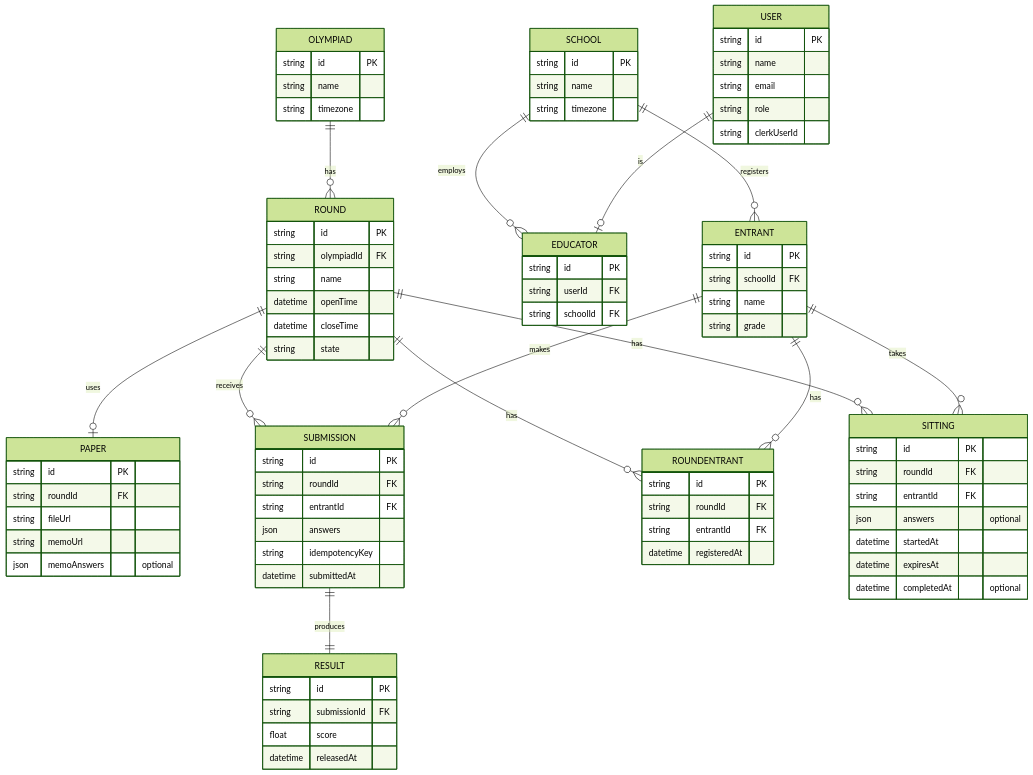
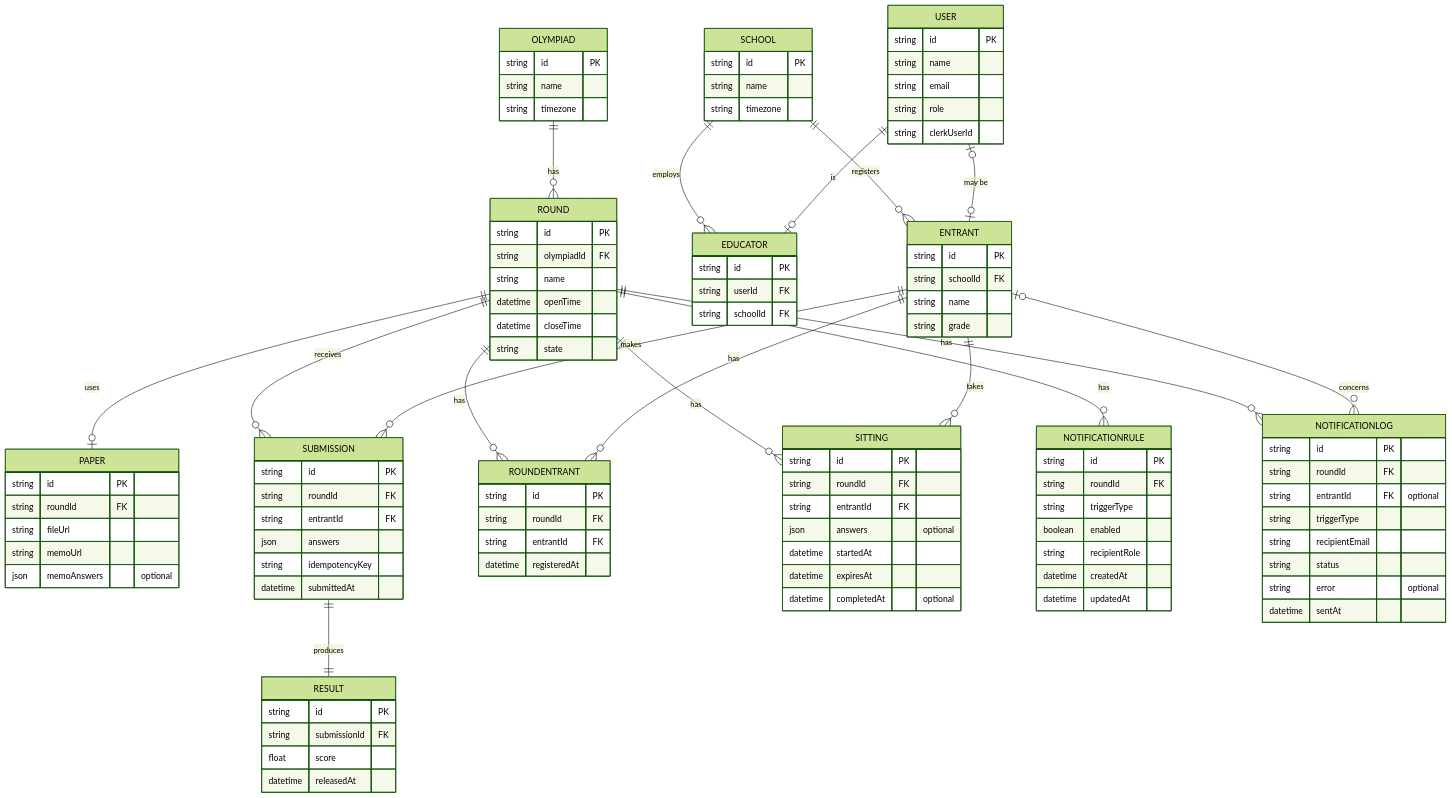
Before and after one commit to ZandileMkontwana/olympiad-portal: the diagram in documents/docs/database-schema.md, drawn with Mermaid (forest theme). The commit also changed other lines of this file and 2 other files, not shown here.

Commit message:
docs: close Sprint 2 documentation gaps
- Add bug-tracking.md documenting the Taiga issue workflow: filing,
  severity, triage, status flow, and PR linkage
- Document NotificationRule/NotificationLog in the database schema,
  the Supabase/Prisma Migrate deployment note, and the rationale for
  omitting certificate and standings tables
- Record the Sprint 2 descope decisions (marking beyond MCQ,
  threshold advancement) in roadmap.md, move the carried-over items
  into Sprint 3, and list what Sprint 2 delivered in the same format
  as Sprint 1

````diff
--- a/documents/docs/database-schema.md
+++ b/documents/docs/database-schema.md
@@ -20,6 +22,10 @@
   ENTRANT ||--o{ ROUNDENTRANT : has
   ENTRANT ||--o{ SITTING : takes
   SUBMISSION ||--|| RESULT : produces
+  USER |o--o| ENTRANT : "may be"
+  ROUND ||--o{ NOTIFICATIONRULE : has
+  ROUND ||--o{ NOTIFICATIONLOG : has
+  ENTRANT |o--o{ NOTIFICATIONLOG : concerns
 
   OLYMPIAD {
     string id PK
@@ -93,4 +99,23 @@
     datetime expiresAt
     datetime completedAt "optional"
   }
+  NOTIFICATIONRULE {
+    string id PK
+    string roundId FK
+    string triggerType
+    boolean enabled
+    string recipientRole
+    datetime createdAt
+    datetime updatedAt
+  }
+  NOTIFICATIONLOG {
+    string id PK
+    string roundId FK
+    string entrantId FK "optional"
+    string triggerType
+    string recipientEmail
+    string status
+    string error "optional"
+    datetime sentAt
+  }
 ```
````
